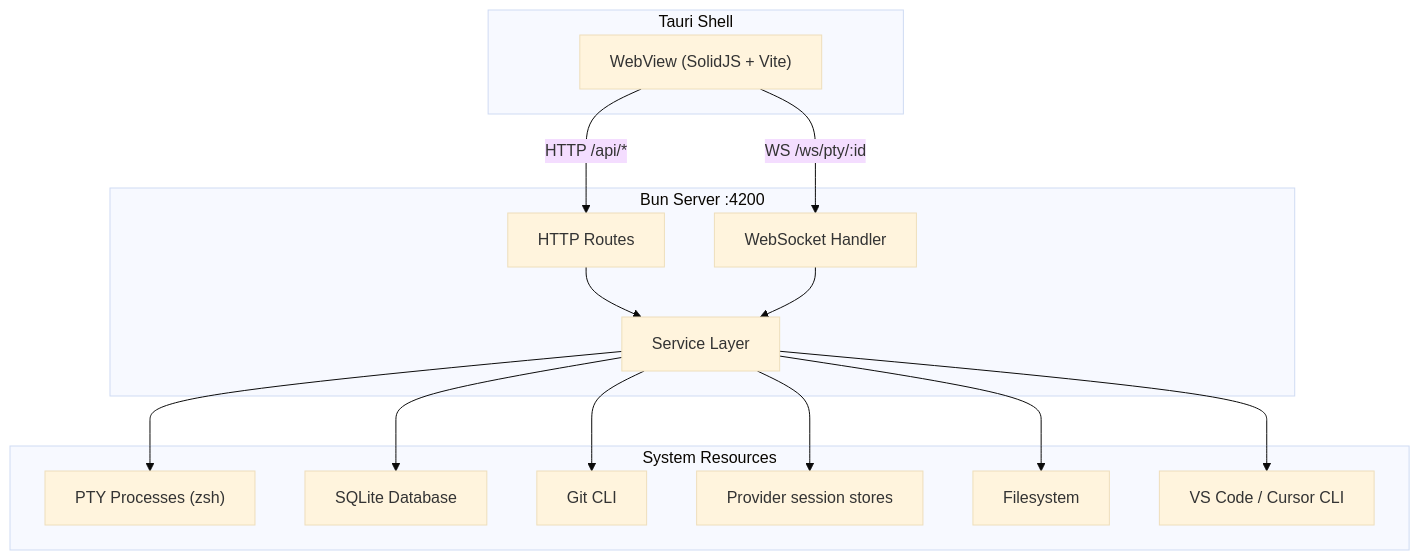
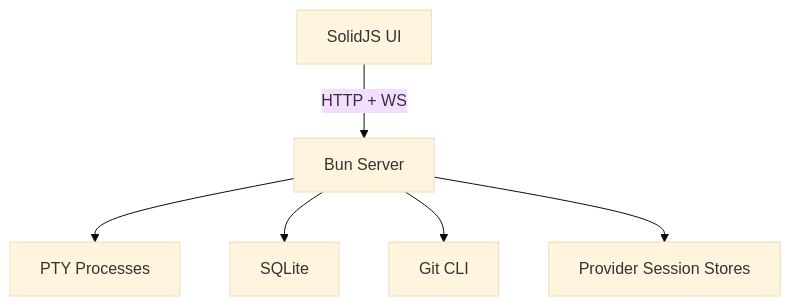
Before and after one commit to wilky-way/bord: the diagram in README.md, drawn with Mermaid (base theme). The commit also changed other lines of this file and 35 other files, not shown here.

````diff
--- a/README.md
+++ b/README.md
@@ -307,32 +67,8 @@
 ```mermaid
 graph TD
-    subgraph Desktop["Tauri Shell"]
-        WebView["WebView (SolidJS + Vite)"]
-    end
-
-    subgraph Server["Bun Server :4200"]
-        Routes["HTTP Routes"]
-        WS["WebSocket Handler"]
-        Services["Service Layer"]
-    end
-
-    subgraph Backend["System Resources"]
-        PTY["PTY Processes (zsh)"]
-        SQLite["SQLite Database"]
-        Git["Git CLI"]
-        SessionStores["Provider session stores"]
-        FS["Filesystem"]
-        Editors["VS Code / Cursor CLI"]
-    end
-
-    WebView -->|"HTTP /api/*"| Routes
-    WebView -->|"WS /ws/pty/:id"| WS
-    Routes --> Services
-    WS --> Services
-    Services --> PTY
-    Services --> SQLite
-    Services --> Git
-    Services --> SessionStores
-    Services --> FS
-    Services --> Editors
+    UI["SolidJS UI"] -->|HTTP + WS| Bun["Bun Server"]
+    Bun --> PTY["PTY Processes"]
+    Bun --> DB["SQLite"]
+    Bun --> Git["Git CLI"]
+    Bun --> Providers["Provider Session Stores"]
 ```
````
